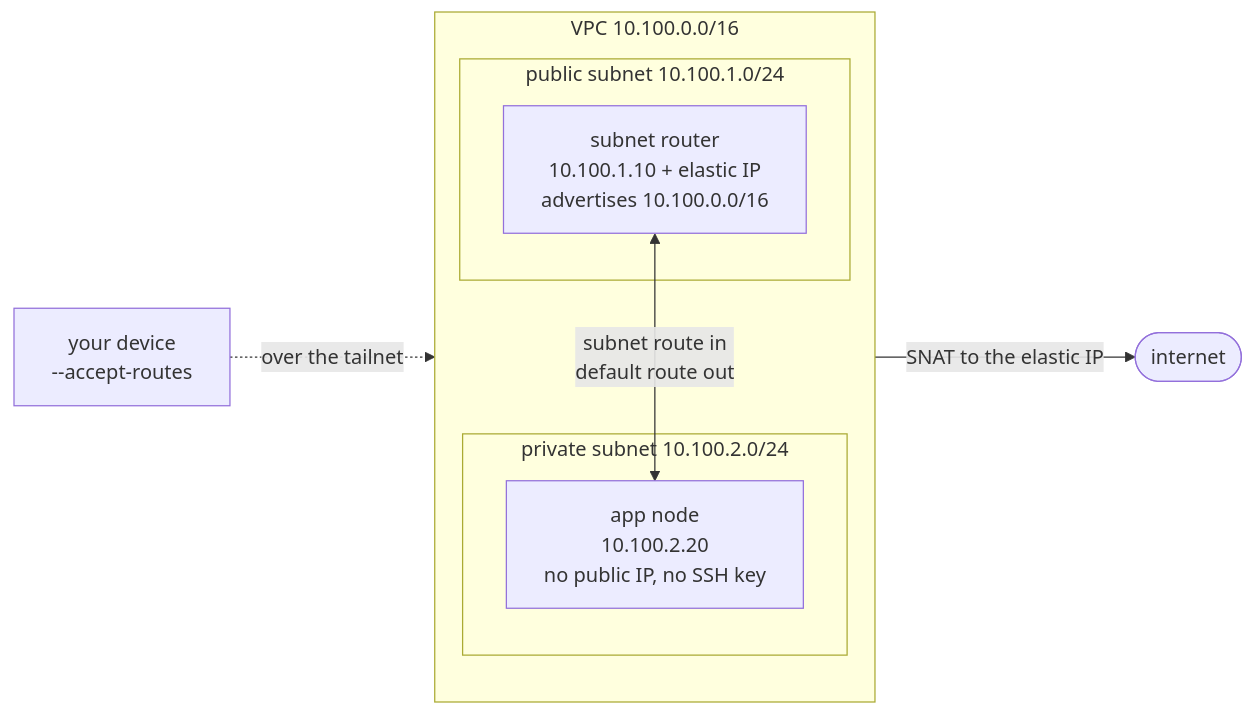
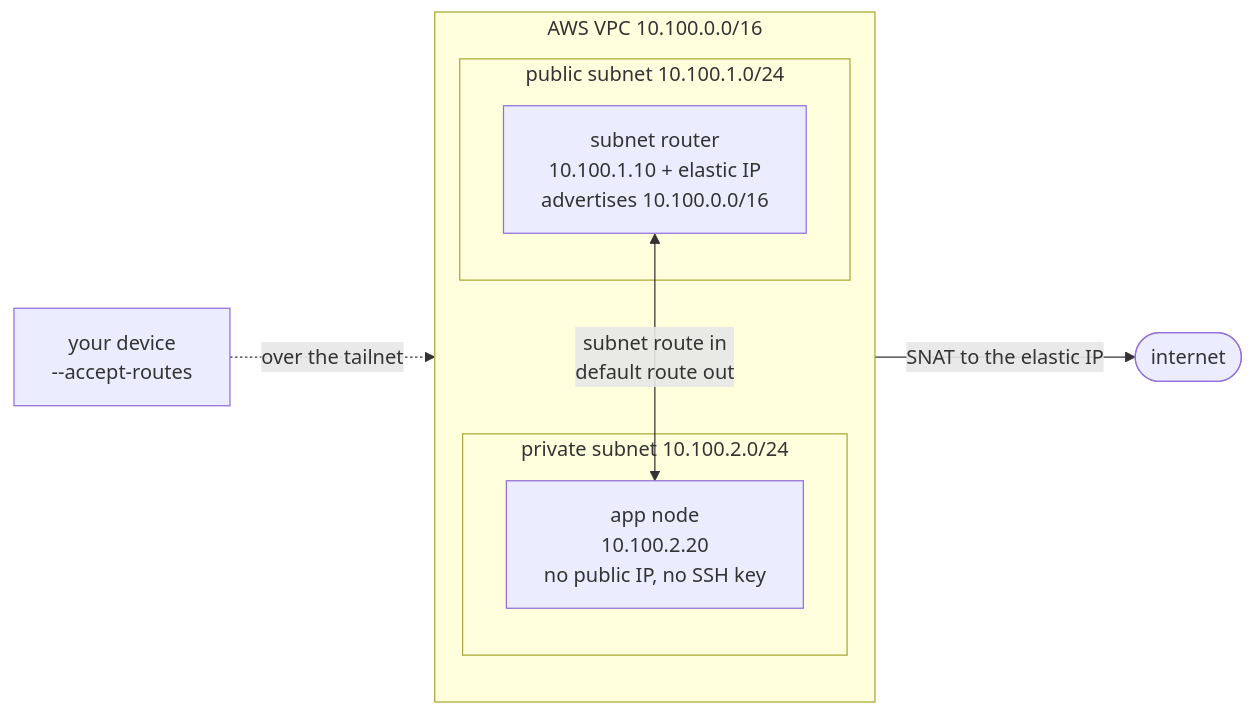
Before and after one commit to nopoz/tailscale-subnet-router-aws: the diagram in README.md, drawn with Mermaid. The commit also changed other lines of this file, not shown here.

First line of the commit message:
Name AWS at the points a reader forms an impression

````diff
--- a/README.md
+++ b/README.md
@@ -22,20 +22,20 @@
 ```mermaid
 flowchart LR
     client["your device<br/>--accept-routes"]
 
-    subgraph vpc["VPC 10.100.0.0/16"]
+    subgraph vpc["AWS VPC 10.100.0.0/16"]
         direction TB
         subgraph pub["public subnet 10.100.1.0/24"]
             router["subnet router<br/>10.100.1.10 + elastic IP<br/>advertises 10.100.0.0/16"]
         end
         subgraph priv["private subnet 10.100.2.0/24"]
             app["app node<br/>10.100.2.20<br/>no public IP, no SSH key"]
         end
     end
 
     internet(["internet"])
 
     client -. "over the tailnet" .-> router
     router <-->|"subnet route in<br/>default route out"| app
     router -->|"SNAT to the elastic IP"| internet
 ```
````
